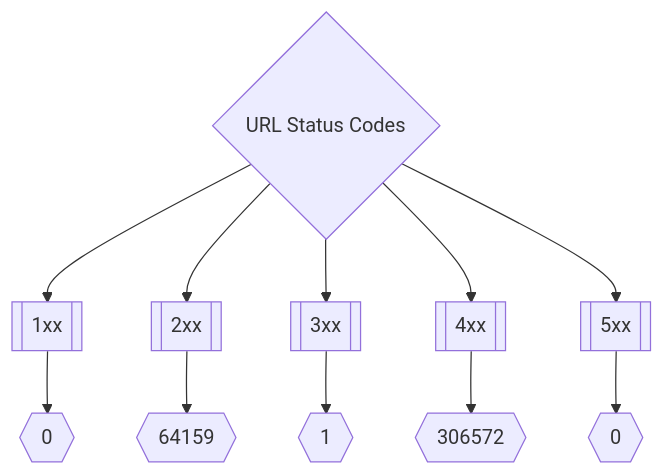
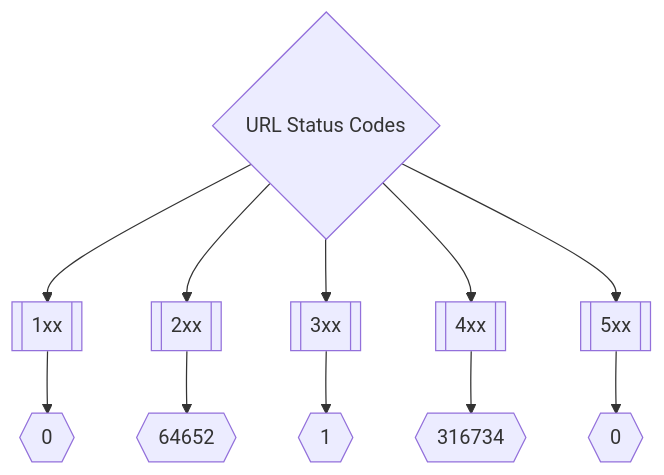
The second of 3 diagrams in README.md (trickest/inventory), drawn with Mermaid before and after one commit. The commit also changed other lines of this file and 203 other files, not shown here.

````diff
--- a/README.md
+++ b/README.md
@@ -173,8 +173,8 @@
 ```mermaid
 graph TD
 title{URL Status Codes} --> 1xx[[1xx]] --> status1xxNum{{0}}
-title --> 2xx[[2xx]] --> status2xxNum{{64159}}
+title --> 2xx[[2xx]] --> status2xxNum{{64652}}
 title --> 3xx[[3xx]] --> status3xxNum{{1}}
-title --> 4xx[[4xx]] --> status4xxNum{{306572}}
+title --> 4xx[[4xx]] --> status4xxNum{{316734}}
 title --> 5xx[[5xx]] --> status5xxNum{{0}}
 ```
````
